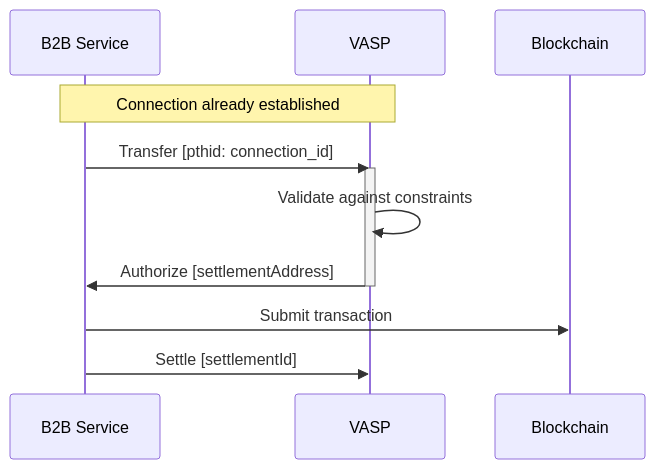
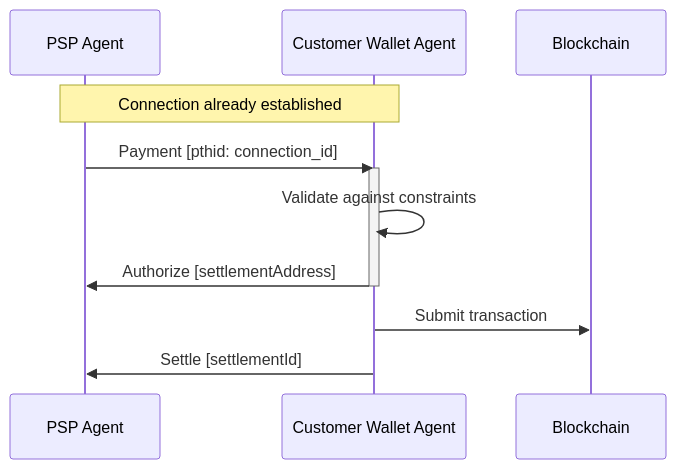
The fifth of 5 diagrams in TAIPs/taip-15.md (TransactionAuthorizationProtocol/TAIPs), drawn with Mermaid before and after one commit. The commit also changed other lines of this file and 7 other files, not shown here.

First line of the commit message:
BREAKING: Restructure TAIP-15 Agent Connection Protocol

````diff
--- a/TAIPs/taip-15.md
+++ b/TAIPs/taip-15.md
@@ -256,15 +312,15 @@
 ```mermaid
 sequenceDiagram
-    participant B2B as B2B Service
-    participant VASP
+    participant PSP as PSP Agent
+    participant CustomerWallet as Customer Wallet Agent
     participant Blockchain
 
-    Note over B2B,VASP: Connection already established
-    B2B->>VASP: Transfer [pthid: connection_id]
-    activate VASP
-    VASP->>VASP: Validate against constraints
-    VASP->>B2B: Authorize [settlementAddress]
-    deactivate VASP
-    B2B->>Blockchain: Submit transaction
-    B2B->>VASP: Settle [settlementId]
+    Note over PSP,CustomerWallet: Connection already established
+    PSP->>CustomerWallet: Payment [pthid: connection_id]
+    activate CustomerWallet
+    CustomerWallet->>CustomerWallet: Validate against constraints
+    CustomerWallet->>PSP: Authorize [settlementAddress]
+    deactivate CustomerWallet
+    CustomerWallet->>Blockchain: Submit transaction
+    CustomerWallet->>PSP: Settle [settlementId]
 ```
````
